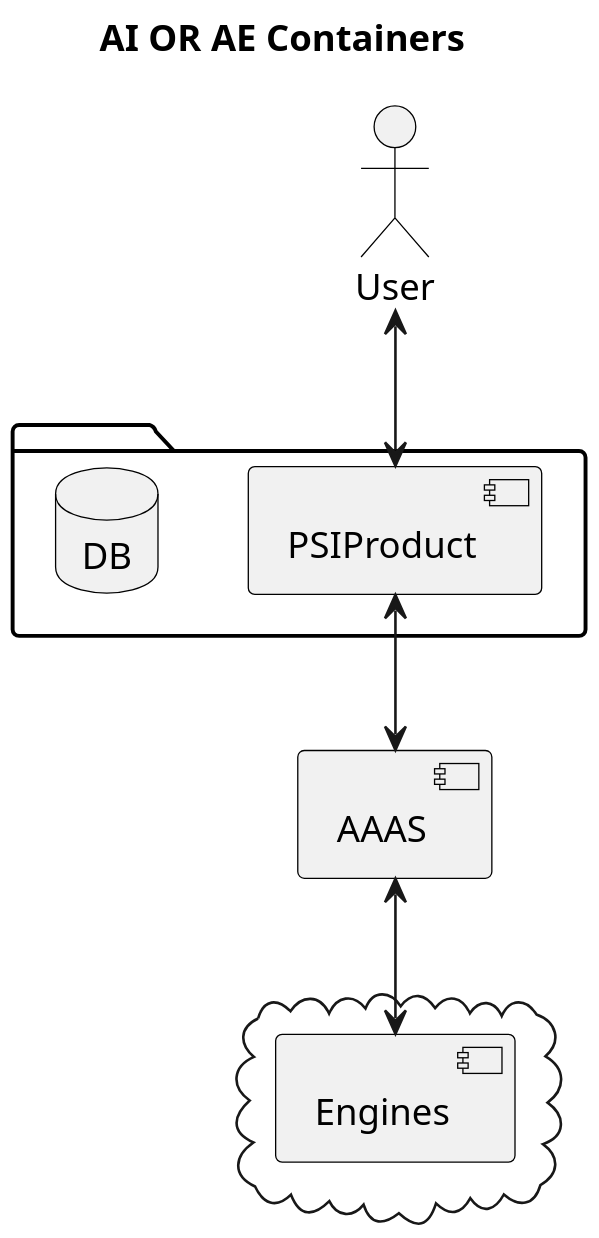
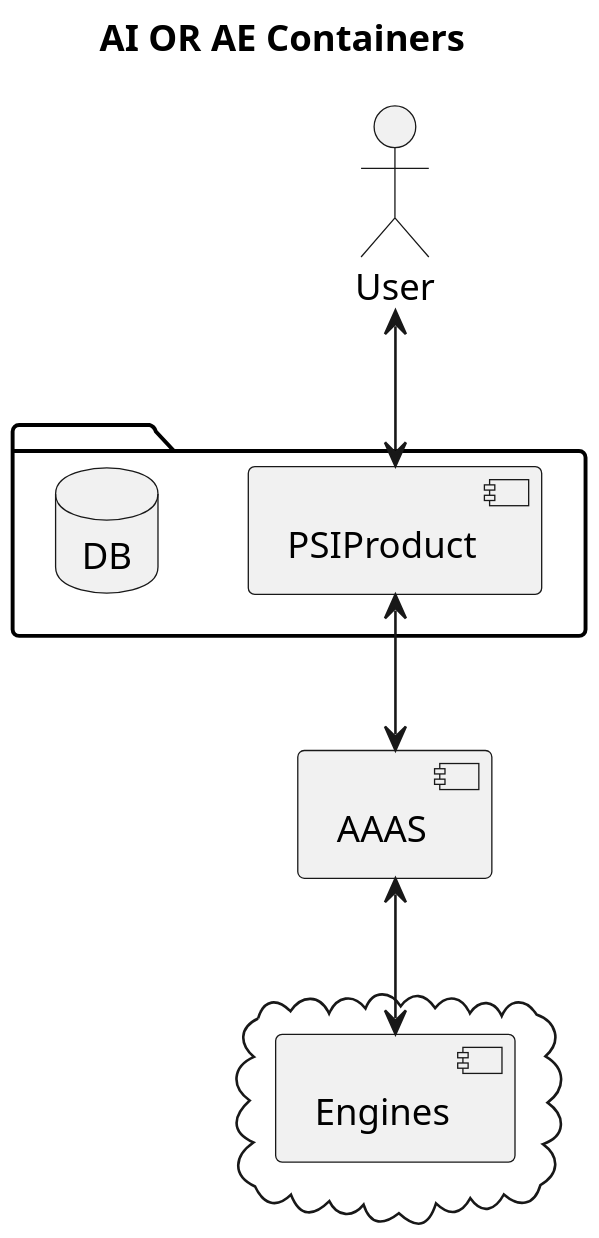
Before and after one commit to PSI-Polska/aaas-java6: the diagram in doc/4c/2.0 AIORAE containers.plantuml, drawn with PlantUML. The commit also changed 10 other files, not shown here.

Commit message:
doc: describe diagrams

```diff
--- a/doc/4c/2.0 AIORAE containers.plantuml
+++ b/doc/4c/2.0 AIORAE containers.plantuml
@@ -1,42 +1,21 @@
 @startuml
 skinparam dpi 200
+skinparam backgroundColor transparent
 
 title AI OR AE Containers
 
 actor User
 package {
     component PSIProduct as PSI
     database DB
 }
 component AAAS as 3as
 cloud {
   component Engines as engine
 }
 
-' Questions:
-' * where comes the data from? from product? direct connection to the Engine?
-' * how communication is done? sync/async, coupled/decoupled?
-' * where is the source/binary evaluated by the engine
-'   * how it is defined? on what data? what API - will it be the same as production?
-'   * how it is provided to the engine? statically? dynamically?
-' * the same question applies to trained models
-' * what with "openshift issue"?
-
 User <--> PSI
 PSI <--> 3as
 3as <--> engine
 
-
-skinparam actor {
-  BorderColor black
-  ArrowColor black
-}
-skinparam component {
-  BorderColor black
-  ArrowColor black
-}
-skinparam database {
-  BorderColor black
-  ArrowColor black
-}
 @enduml
```
